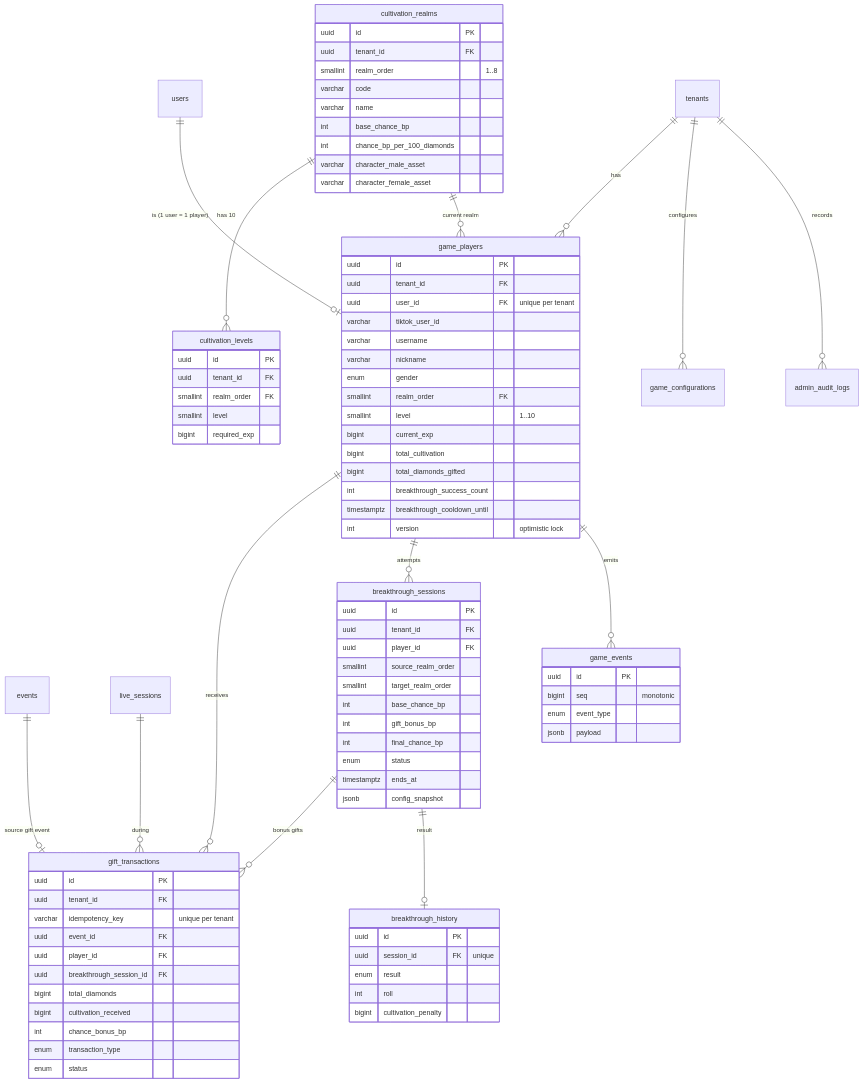
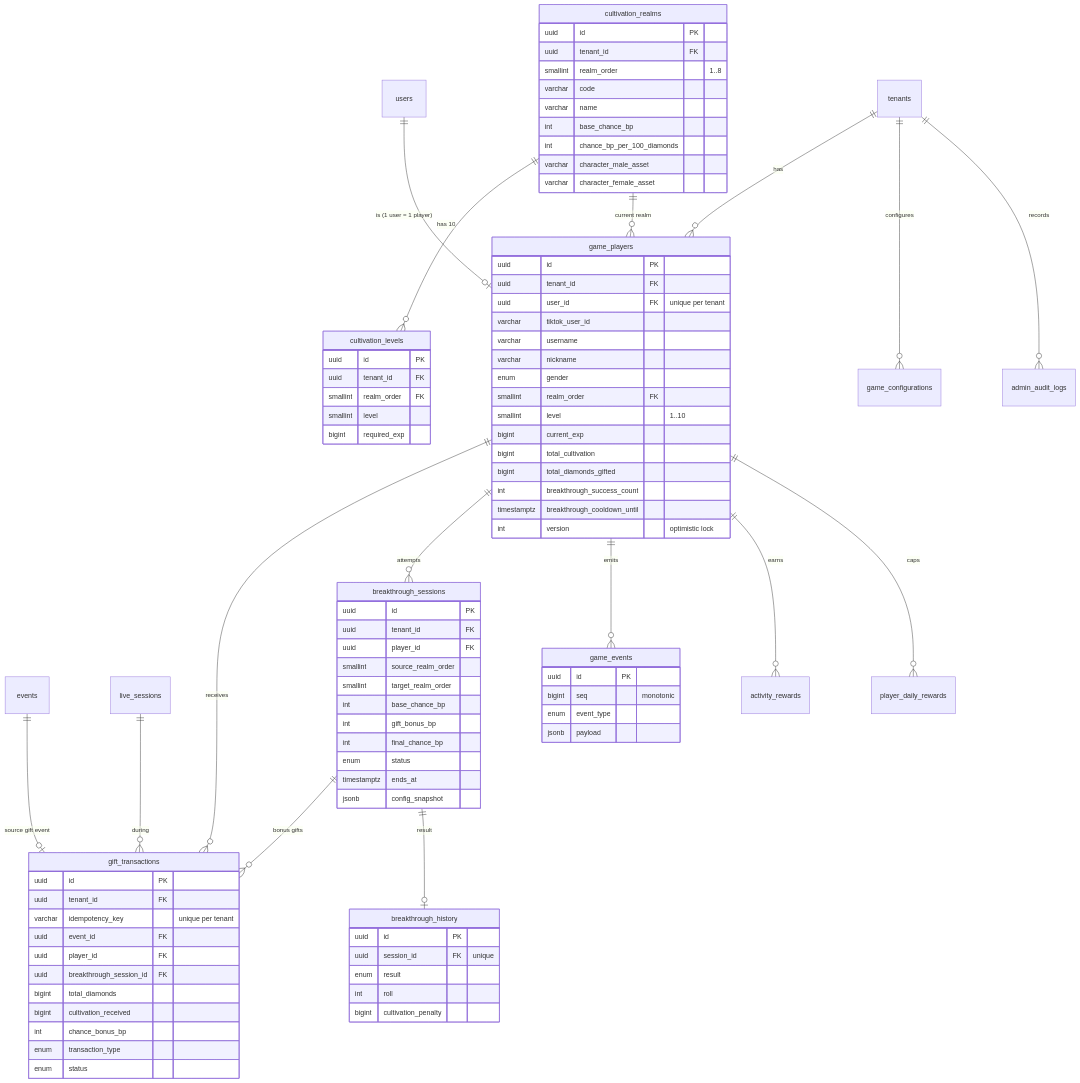
One commit to Gnas260605/tiktok_gameapi changed the diagram in docs/game/03_ERD.md. Above: the diagram before and after it, drawn with Mermaid. The commit also changed other lines of this file and 7 other files, not shown here.

```diff
--- a/docs/game/03_ERD.md
+++ b/docs/game/03_ERD.md
@@ -26,6 +26,8 @@
     breakthrough_sessions ||--o{ gift_transactions : "bonus gifts"
     breakthrough_sessions ||--o| breakthrough_history : "result"
     game_players ||--o{ game_events : emits
+    game_players ||--o{ activity_rewards : earns
+    game_players ||--o{ player_daily_rewards : caps
     tenants ||--o{ game_configurations : configures
     tenants ||--o{ admin_audit_logs : records
 
```
